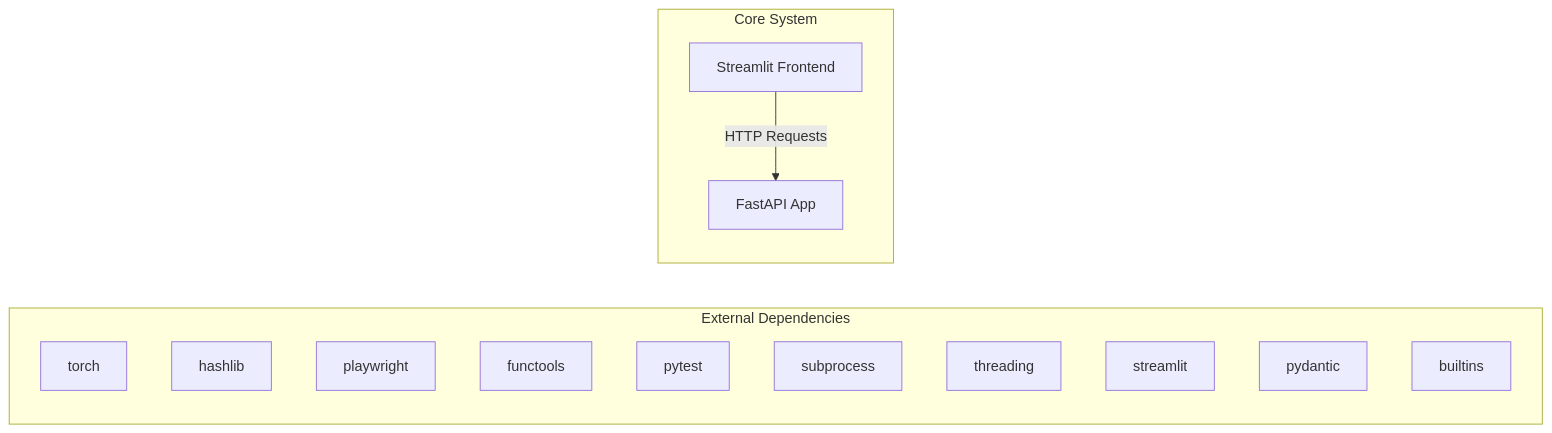
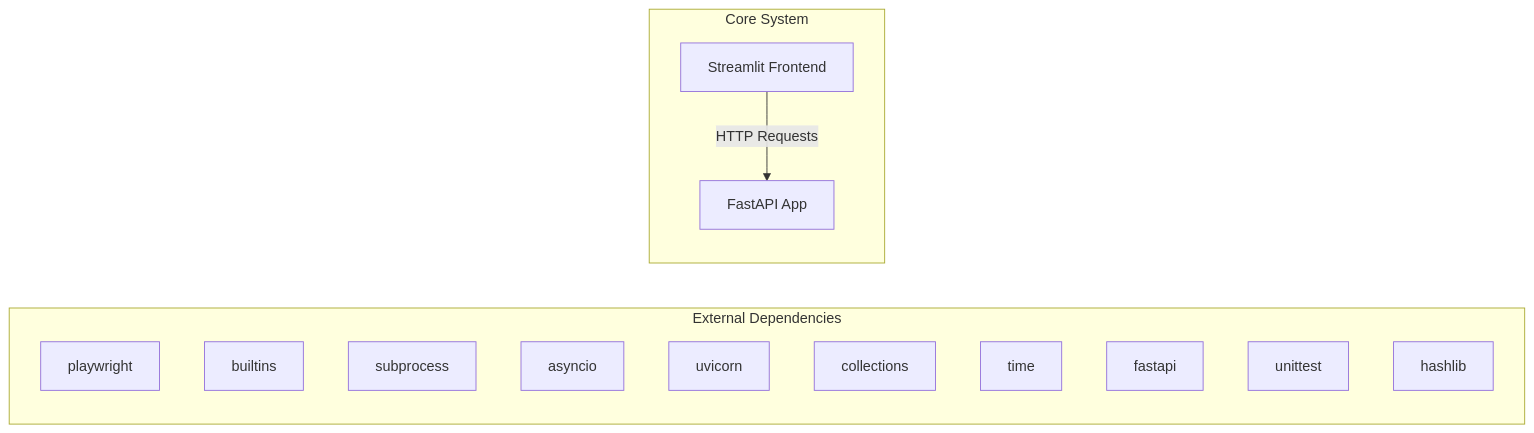
Before and after one commit to NITISH-R-G/rag-context-optimizer: the first of 2 diagrams in docs/architecture.md, drawn with Mermaid. The commit also changed 1 other file, not shown here.

Commit message:
docs: auto-update repository knowledge, architecture diagrams, and documentation

````diff
--- a/docs/architecture.md
+++ b/docs/architecture.md
@@ -7,20 +7,20 @@
 ```mermaid
 graph LR
     subgraph External Dependencies
-        E0["torch"]
-        E1["hashlib"]
-        E2["playwright"]
-        E3["functools"]
-        E4["pytest"]
-        E5["subprocess"]
-        E6["threading"]
-        E7["streamlit"]
-        E8["pydantic"]
-        E9["builtins"]
+        E0["playwright"]
+        E1["builtins"]
+        E2["subprocess"]
+        E3["asyncio"]
+        E4["uvicorn"]
+        E5["collections"]
+        E6["time"]
+        E7["fastapi"]
+        E8["unittest"]
+        E9["hashlib"]
     end
     subgraph Core System
         API["FastAPI App"]
         UI["Streamlit Frontend"]
     end
     UI -->|HTTP Requests| API
 ```
````
